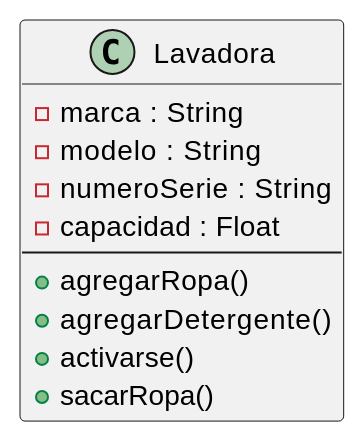
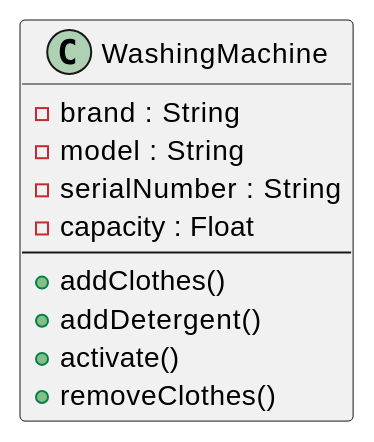
One commit to jcg-admin/IACT-docs changed the diagram in source/base-cognitiva/_uml/uml-01-introduccion/diagrama-de-clases.rst. Above: the diagram before and after it, drawn with PlantUML. The commit also changed 16 other files, not shown here.

```diff
--- a/source/base-cognitiva/_uml/uml-01-introduccion/diagrama-de-clases.rst
+++ b/source/base-cognitiva/_uml/uml-01-introduccion/diagrama-de-clases.rst
@@ -13,16 +13,16 @@
 .. uml::
 
    @startuml
 
-   class Lavadora {
-     - marca : String
-     - modelo : String
-     - numeroSerie : String
-     - capacidad : Float
+   class WashingMachine {
+     - brand : String
+     - model : String
+     - serialNumber : String
+     - capacity : Float
      --
-     + agregarRopa()
-     + agregarDetergente()
-     + activarse()
-     + sacarRopa()
+     + addClothes()
+     + addDetergent()
+     + activate()
+     + removeClothes()
    }
    @enduml
```
